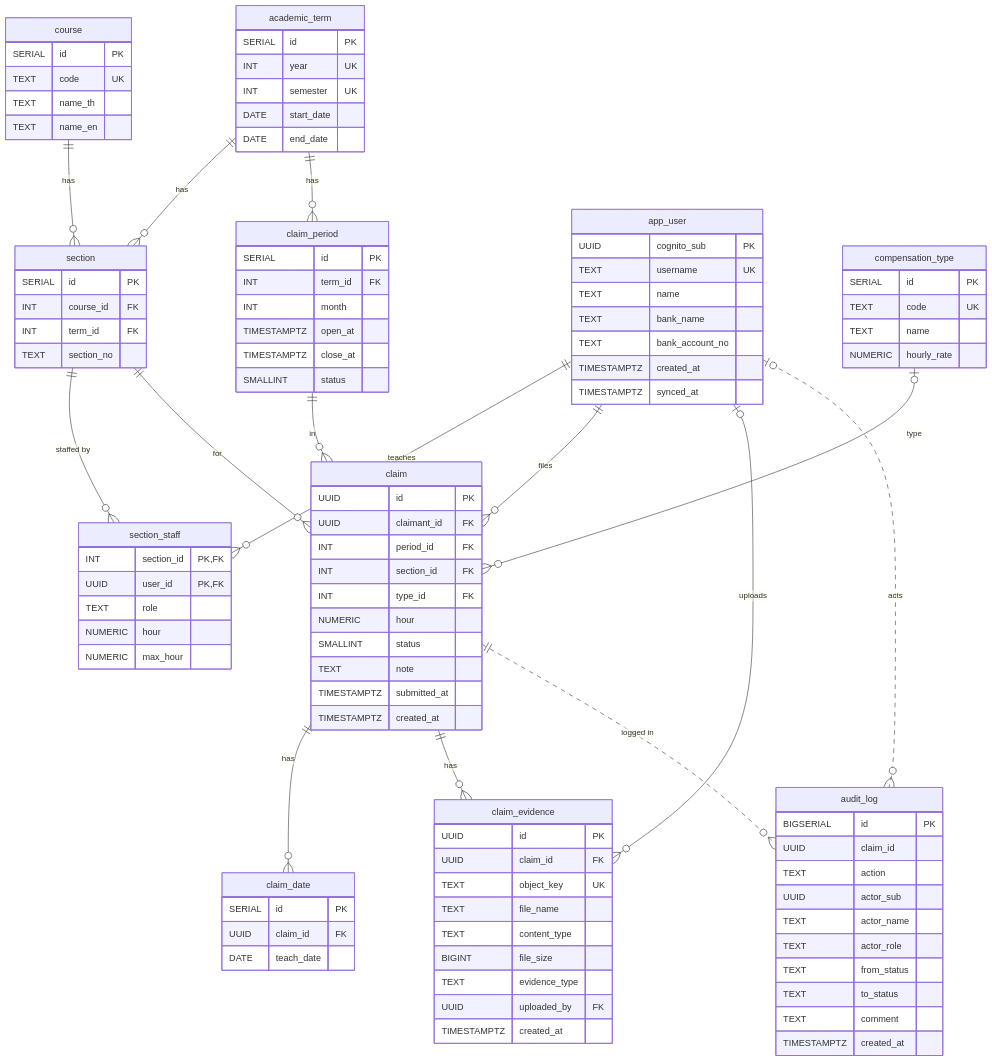
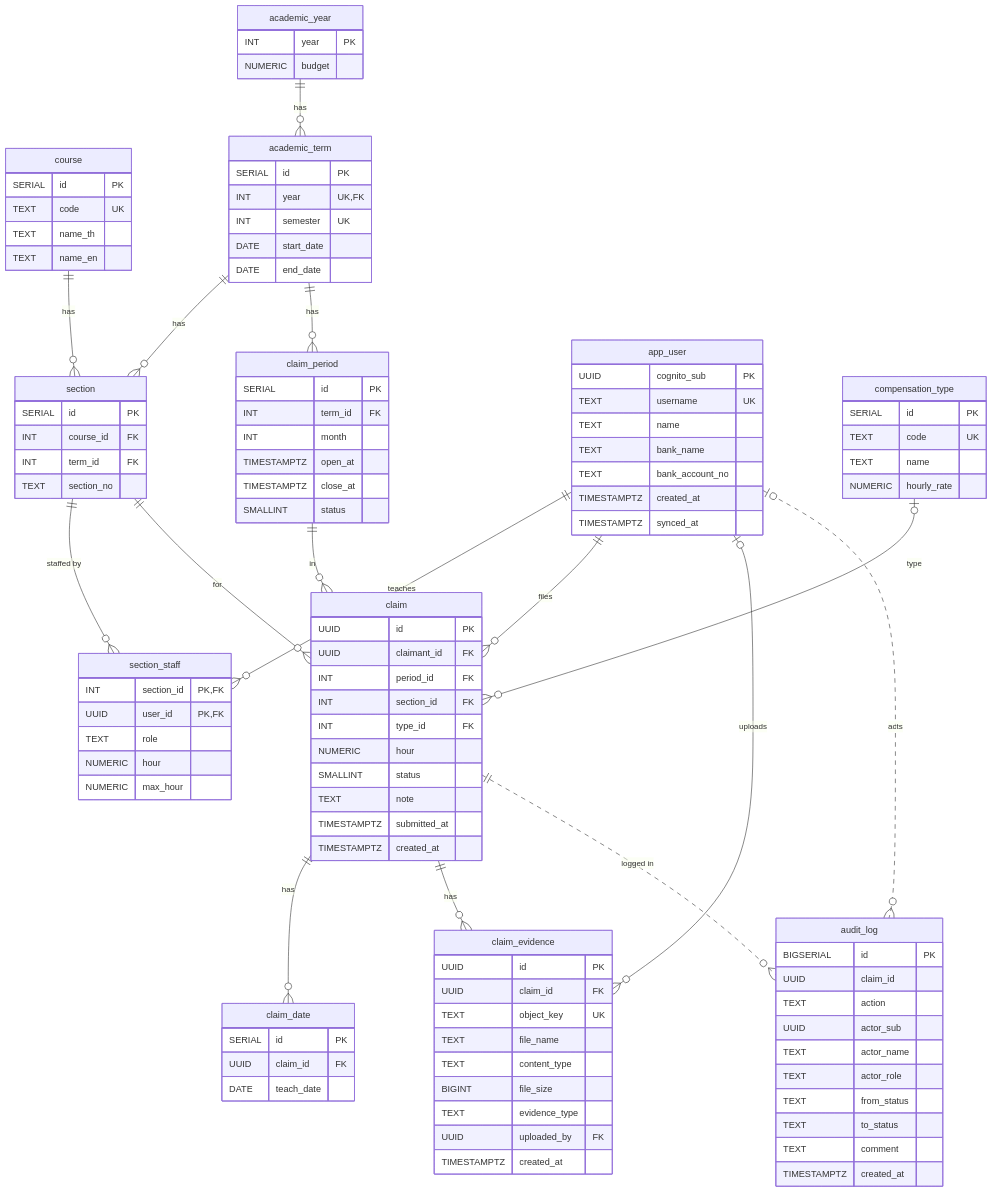
One commit to TheepprakornRakfaen/cs-361_G650-05 changed the diagram in docs/database/Databaseschema.mmd. Above: the diagram before and after it, drawn with Mermaid. The commit also changed 11 other files, not shown here.

```diff
--- a/docs/database/Databaseschema.mmd
+++ b/docs/database/Databaseschema.mmd
@@ -1,105 +1,110 @@
 erDiagram
     course ||--o{ section : "has"
+    academic_year ||--o{ academic_term : "has"
     academic_term ||--o{ section : "has"
     academic_term ||--o{ claim_period : "has"
     section ||--o{ section_staff : "staffed by"
     app_user ||--o{ section_staff : "teaches"
     app_user ||--o{ claim : "files"
     claim_period ||--o{ claim : "in"
     section ||--o{ claim : "for"
     compensation_type |o--o{ claim : "type"
     claim ||--o{ claim_date : "has"
     claim ||--o{ claim_evidence : "has"
     app_user |o--o{ claim_evidence : "uploads"
     claim ||..o{ audit_log : "logged in"
     app_user |o..o{ audit_log : "acts"
 
     app_user {
         UUID cognito_sub PK
         TEXT username UK
         TEXT name
         TEXT bank_name
         TEXT bank_account_no
         TIMESTAMPTZ created_at
         TIMESTAMPTZ synced_at
     }
+    academic_year {
+        INT year PK
+        NUMERIC budget
+    }
     academic_term {
         SERIAL id PK
-        INT year UK
+        INT year UK,FK
         INT semester UK
         DATE start_date
         DATE end_date
     }
     course {
         SERIAL id PK
         TEXT code UK
         TEXT name_th
         TEXT name_en
     }
     section {
         SERIAL id PK
         INT course_id FK
         INT term_id FK
         TEXT section_no
     }
     section_staff {
         INT section_id PK, FK
         UUID user_id PK, FK
         TEXT role
         NUMERIC hour
         NUMERIC max_hour
     }
     claim_period {
         SERIAL id PK
         INT term_id FK
         INT month
         TIMESTAMPTZ open_at
         TIMESTAMPTZ close_at
         SMALLINT status
     }
     compensation_type {
         SERIAL id PK
         TEXT code UK
         TEXT name
         NUMERIC hourly_rate
     }
     claim {
         UUID id PK
         UUID claimant_id FK
         INT period_id FK
         INT section_id FK
         INT type_id FK
         NUMERIC hour
         SMALLINT status
         TEXT note
         TIMESTAMPTZ submitted_at
         TIMESTAMPTZ created_at
     }
     claim_date {
         SERIAL id PK
         UUID claim_id FK
         DATE teach_date
     }
     claim_evidence {
         UUID id PK
         UUID claim_id FK
         TEXT object_key UK
         TEXT file_name
         TEXT content_type
         BIGINT file_size
         TEXT evidence_type
         UUID uploaded_by FK
         TIMESTAMPTZ created_at
     }
     audit_log {
         BIGSERIAL id PK
         UUID claim_id
         TEXT action
         UUID actor_sub
         TEXT actor_name
         TEXT actor_role
         TEXT from_status
         TEXT to_status
         TEXT comment
         TIMESTAMPTZ created_at
     }
```
